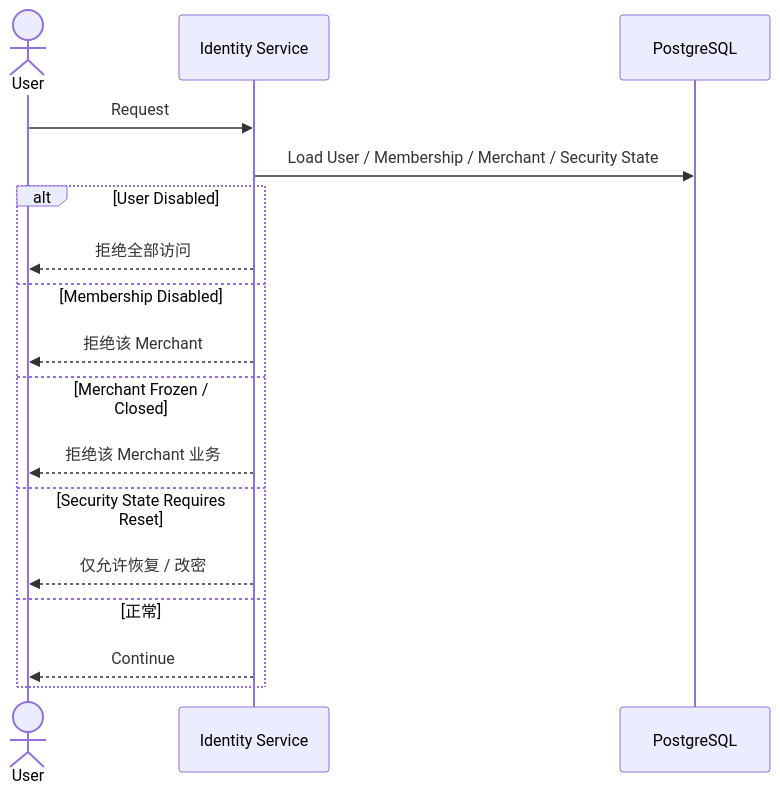
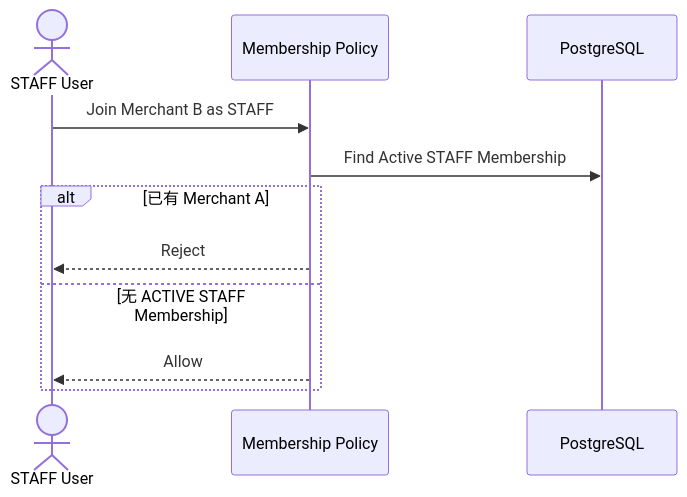
Before and after one commit to sxyq/mastergoods: the diagram in docs/system-design/01-账户与身份/06-账号状态与商户成员关系.md, drawn with Mermaid. The commit also changed other lines of this file and 7 other files, not shown here.

Commit message:
docs(identity): refine password reset and staff account boundaries

````diff
--- a/docs/system-design/01-账户与身份/06-账号状态与商户成员关系.md
+++ b/docs/system-design/01-账户与身份/06-账号状态与商户成员关系.md
@@ -23,21 +28,15 @@
 ```mermaid
 sequenceDiagram
-    actor U as User
-    participant IAM as Identity Service
+    actor S as STAFF User
+    participant IAM as Membership Policy
     participant DB as PostgreSQL
 
-    U->>IAM: Request
-    IAM->>DB: Load User / Membership / Merchant / Security State
+    S->>IAM: Join Merchant B as STAFF
+    IAM->>DB: Find Active STAFF Membership
 
-    alt User Disabled
-        IAM-->>U: 拒绝全部访问
-    else Membership Disabled
-        IAM-->>U: 拒绝该 Merchant
-    else Merchant Frozen / Closed
-        IAM-->>U: 拒绝该 Merchant 业务
-    else Security State Requires Reset
-        IAM-->>U: 仅允许恢复 / 改密
-    else 正常
-        IAM-->>U: Continue
+    alt 已有 Merchant A
+        IAM-->>S: Reject
+    else 无 ACTIVE STAFF Membership
+        IAM-->>S: Allow
     end
 ```
````
